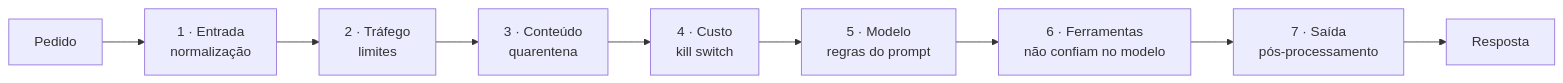
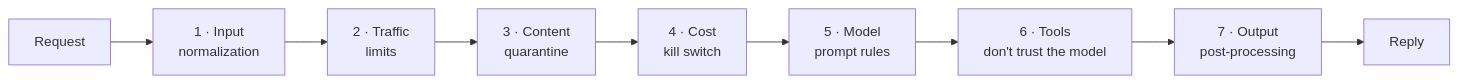
The diagram in docs/SECURITY.md (franciscoaraujo23/n8n-ai-sales-chatbot), drawn with Mermaid before and after one commit. The commit also changed other lines of this file and 7 other files, not shown here.

````diff
--- a/docs/SECURITY.md
+++ b/docs/SECURITY.md
@@ -10,11 +10,11 @@
 ```mermaid
 flowchart LR
-  A["Pedido"] --> B["1 · Entrada<br/>normalização"]
-  B --> C["2 · Tráfego<br/>limites"]
-  C --> D["3 · Conteúdo<br/>quarentena"]
-  D --> E["4 · Custo<br/>kill switch"]
-  E --> F["5 · Modelo<br/>regras do prompt"]
-  F --> G["6 · Ferramentas<br/>não confiam no modelo"]
-  G --> H["7 · Saída<br/>pós-processamento"]
-  H --> I["Resposta"]
+  A["Request"] --> B["1 · Input<br/>normalization"]
+  B --> C["2 · Traffic<br/>limits"]
+  C --> D["3 · Content<br/>quarantine"]
+  D --> E["4 · Cost<br/>kill switch"]
+  E --> F["5 · Model<br/>prompt rules"]
+  F --> G["6 · Tools<br/>don't trust the model"]
+  G --> H["7 · Output<br/>post-processing"]
+  H --> I["Reply"]
 ```
````
